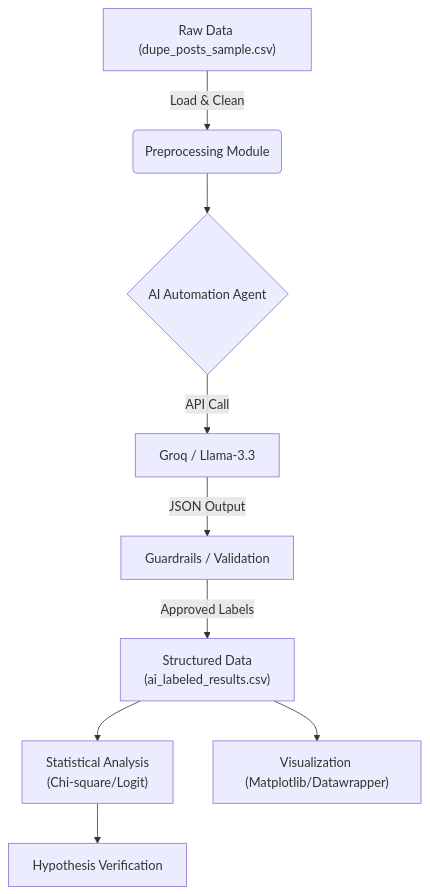
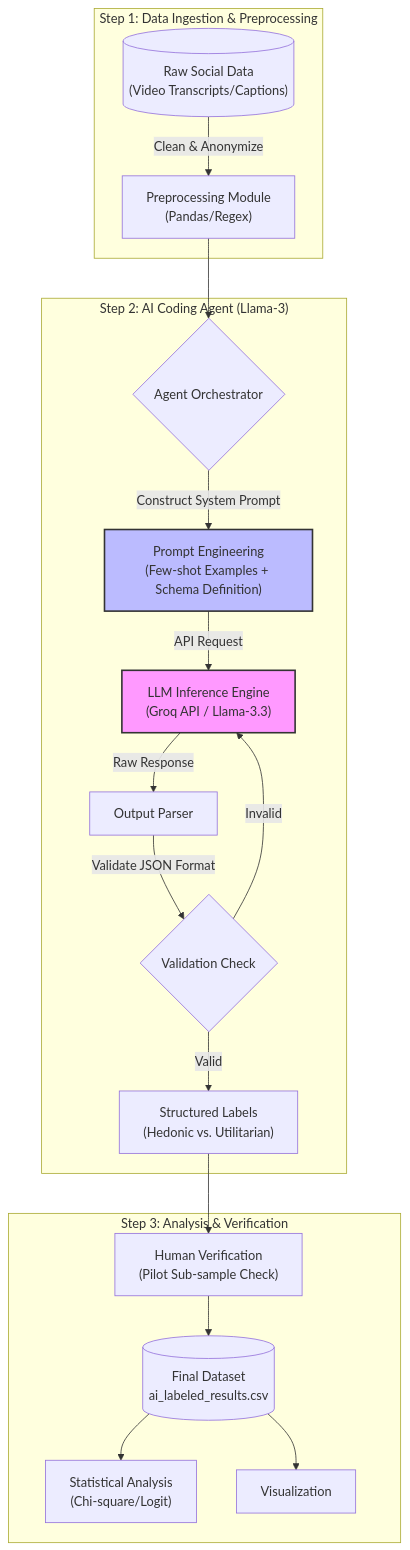
The diagram in README.md (mengjenmiyalin/dupe-analysis-demo), drawn with Mermaid before and after one commit.

Commit message:
update mermaid

````diff
--- a/README.md
+++ b/README.md
@@ -51,11 +51,26 @@
 ```mermaid
 graph TD
-    A["Raw Data (dupe_posts_sample.csv)"] -->|Load & Clean| B("Preprocessing Module")
-    B --> C{"AI Automation Agent"}
-    C -->|API Call| D["Groq / Llama-3.3"]
-    D -->|JSON Output| E["Guardrails / Validation"]
-    E -->|Approved Labels| F["Structured Data<br/> (ai_labeled_results.csv)"]
-    F --> G["Statistical Analysis<br/>  (Chi-square/Logit)"]
-    F --> H["Visualization (Matplotlib/Datawrapper)"]
-    G --> I["Hypothesis Verification"]
+    subgraph Data Ingestion ["Step 1: Data Ingestion & Preprocessing"]
+        A[("Raw Social Data<br/>(Video Transcripts/Captions)")] -->|Clean & Anonymize| B["Preprocessing Module<br/>(Pandas/Regex)"]
+    end
+
+    subgraph AI Core ["Step 2: AI Coding Agent (Llama-3)"]
+        B --> C{"Agent Orchestrator"}
+        C -->|Construct System Prompt| D["Prompt Engineering<br/>(Few-shot Examples + Schema Definition)"]
+        D -->|API Request| E["LLM Inference Engine<br/>(Groq API / Llama-3.3)"]
+        E -->|Raw Response| F["Output Parser"]
+        F -->|Validate JSON Format| G{"Validation Check"}
+        G -- Invalid --> E
+        G -- Valid --> H["Structured Labels<br/>(Hedonic vs. Utilitarian)"]
+    end
+
+    subgraph Analysis ["Step 3: Analysis & Verification"]
+        H --> I["Human Verification<br/>(Pilot Sub-sample Check)"]
+        I --> J[("Final Dataset<br/>ai_labeled_results.csv")]
+        J --> K["Statistical Analysis<br/>(Chi-square/Logit)"]
+        J --> L["Visualization"]
+    end
+
+    style E fill:#f9f,stroke:#333,stroke-width:2px
+    style D fill:#bbf,stroke:#333,stroke-width:2px
 ```
````
